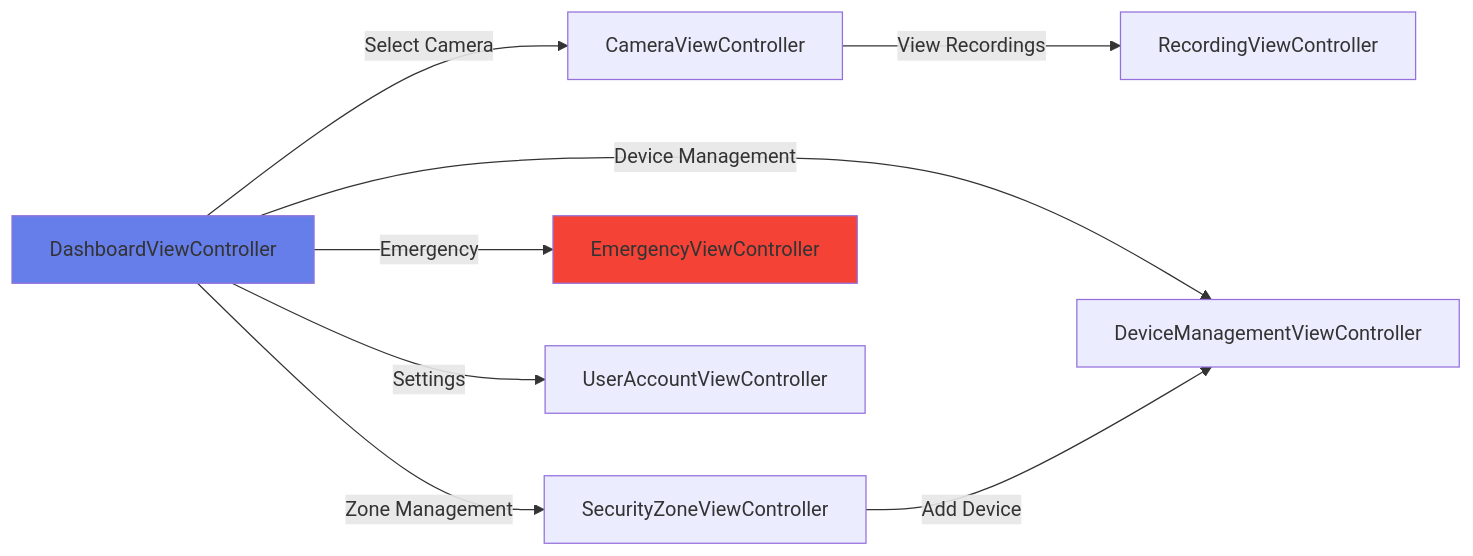
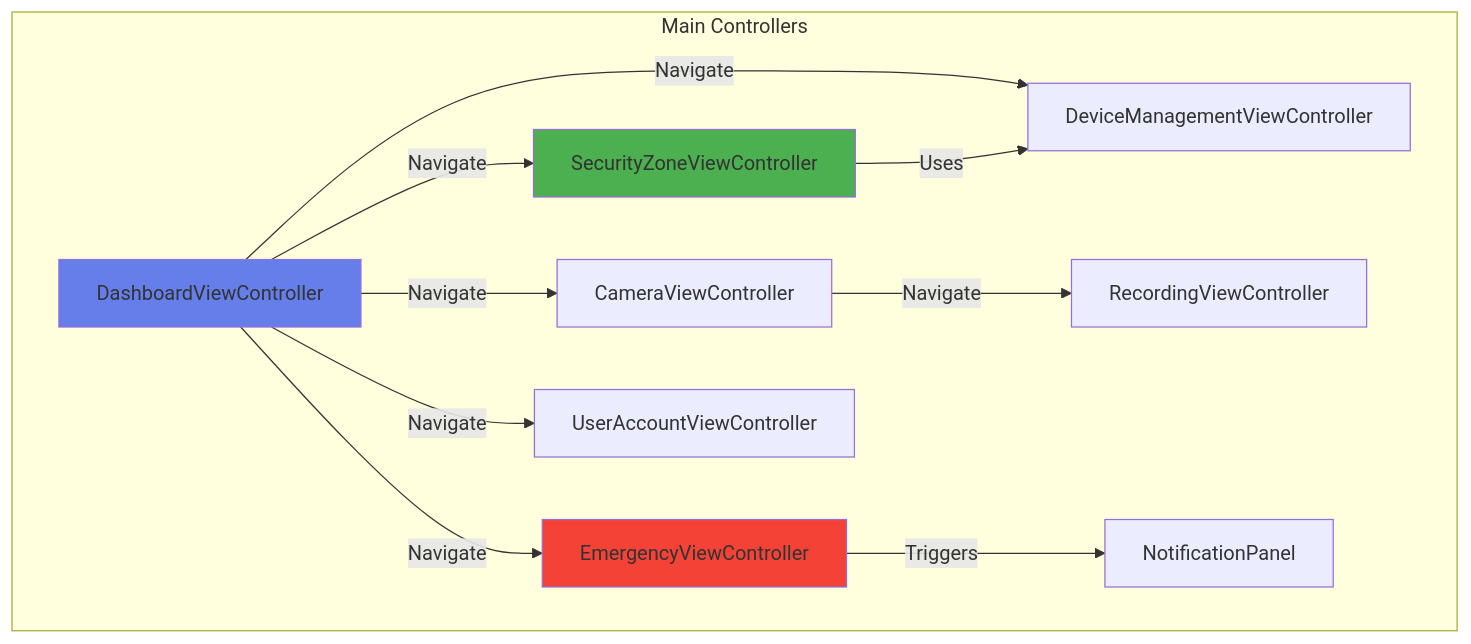
One commit to mj010101/swe_25f changed the tenth of 11 diagrams in diagrams/presentation_class_diagram.md. Above: the diagram before and after it, drawn with Mermaid. The commit also changed other lines of this file and 1 other file, not shown here.

Commit message:
fix: presentation layer diagram

````diff
--- a/diagrams/presentation_class_diagram.md
+++ b/diagrams/presentation_class_diagram.md
@@ -1083,13 +265,26 @@
 ```mermaid
-graph LR
-    A[DashboardViewController] -->|Select Camera| B[CameraViewController]
-    A -->|Zone Management| C[SecurityZoneViewController]
-    A -->|Device Management| D[DeviceManagementViewController]
-    A -->|Emergency| E[EmergencyViewController]
-    A -->|Settings| F[UserAccountViewController]
-    B -->|View Recordings| G[RecordingViewController]
-    C -->|Add Device| D
+graph TB
+    subgraph "Main Controllers"
+        Dashboard[DashboardViewController]
+        Camera[CameraViewController]
+        Zone[SecurityZoneViewController]
+        Device[DeviceManagementViewController]
+        Emergency[EmergencyViewController]
+        Account[UserAccountViewController]
+        Recording[RecordingViewController]
+        Notification[NotificationPanel]
+    end
 
-    style A fill:#667eea
-    style E fill:#F44336
+    Dashboard -->|Navigate| Camera
+    Dashboard -->|Navigate| Zone
+    Dashboard -->|Navigate| Device
+    Dashboard -->|Navigate| Emergency
+    Dashboard -->|Navigate| Account
+    Camera -->|Navigate| Recording
+    Zone -->|Uses| Device
+    Emergency -->|Triggers| Notification
+
+    style Dashboard fill:#667eea
+    style Emergency fill:#F44336
+    style Zone fill:#4CAF50
 ```
````
